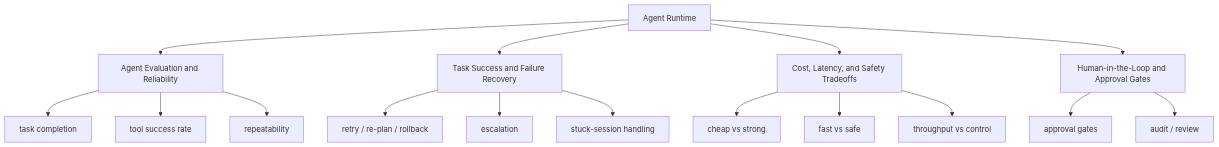
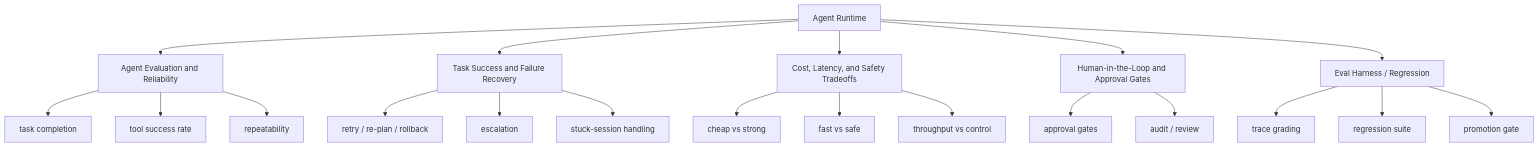
Before and after one commit to superliyang/tony-2026: the diagram in 01-Areas/AI-Engineering/08-Maps/Agent Evaluation and Governance Map.md, drawn with Mermaid. The commit also changed other lines of this file and 27 other files, not shown here.

Commit message:
Add agent action surfaces and eval harness slice

````diff
--- a/01-Areas/AI-Engineering/08-Maps/Agent Evaluation and Governance Map.md
+++ b/01-Areas/AI-Engineering/08-Maps/Agent Evaluation and Governance Map.md
@@ -15,22 +15,27 @@
 ```mermaid
 flowchart TD
   A["Agent Runtime"] --> B["Agent Evaluation and Reliability"]
   A --> C["Task Success and Failure Recovery"]
   A --> D["Cost, Latency, and Safety Tradeoffs"]
   A --> E["Human-in-the-Loop and Approval Gates"]
+  A --> F["Eval Harness / Regression"]
 
   B --> B1["task completion"]
   B --> B2["tool success rate"]
   B --> B3["repeatability"]
 
   C --> C1["retry / re-plan / rollback"]
   C --> C2["escalation"]
   C --> C3["stuck-session handling"]
 
   D --> D1["cheap vs strong"]
   D --> D2["fast vs safe"]
   D --> D3["throughput vs control"]
 
   E --> E1["approval gates"]
   E --> E2["audit / review"]
+
+  F --> F1["trace grading"]
+  F --> F2["regression suite"]
+  F --> F3["promotion gate"]
 ```
````
